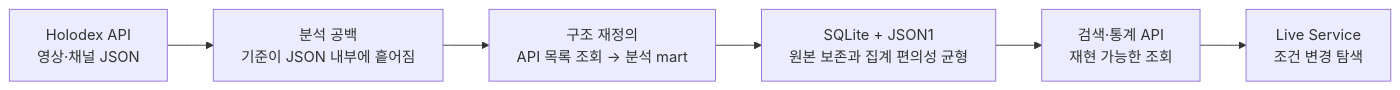
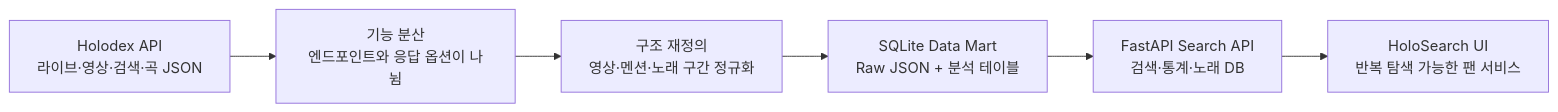
The first of 2 diagrams in README.md (Fiamma445/Holodex-Api-Data-Search-Project), drawn with Mermaid before and after one commit. The commit also changed other lines of this file and 80 other files, not shown here.

Commit message:
chore: sync portfolio with live HoloSearch service

````diff
--- a/README.md
+++ b/README.md
@@ -23,8 +23,8 @@
 ```mermaid
 flowchart LR
-    A["Holodex API<br/>영상·채널 JSON"] --> B["분석 공백<br/>기준이 JSON 내부에 흩어짐"]
-    B --> C["구조 재정의<br/>API 목록 조회 → 분석 mart"]
-    C --> D["SQLite + JSON1<br/>원본 보존과 집계 편의성 균형"]
-    D --> E["검색·통계 API<br/>재현 가능한 조회"]
-    E --> F["Live Service<br/>조건 변경 탐색"]
+    A["Holodex API<br/>라이브·영상·검색·곡 JSON"] --> B["기능 분산<br/>엔드포인트와 응답 옵션이 나뉨"]
+    B --> C["구조 재정의<br/>영상·멘션·노래 구간 정규화"]
+    C --> D["SQLite Data Mart<br/>Raw JSON + 분석 테이블"]
+    D --> E["FastAPI Search API<br/>검색·통계·노래 DB"]
+    E --> F["HoloSearch UI<br/>반복 탐색 가능한 팬 서비스"]
 ```
````
